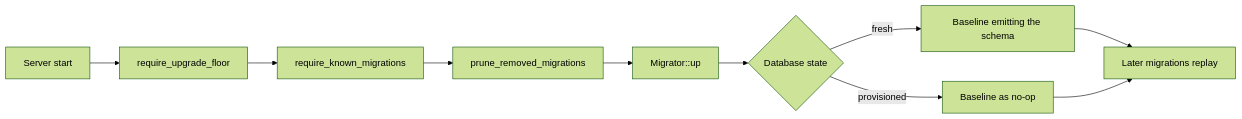
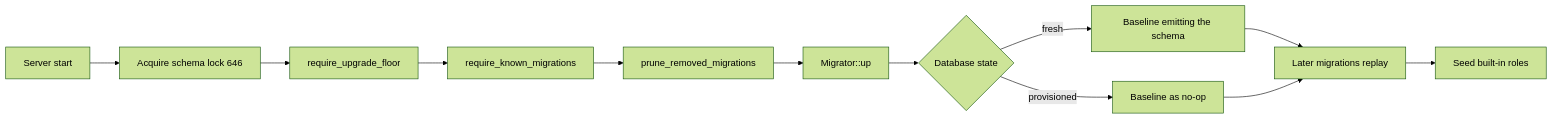
One commit to wavelens/gradient changed the diagram in docs/src/contributors/migrations.md. Above: the diagram before and after it, drawn with Mermaid (forest theme). The commit also changed other lines of this file and 1 other file, not shown here.

````diff
--- a/docs/src/contributors/migrations.md
+++ b/docs/src/contributors/migrations.md
@@ -10,12 +10,14 @@
 ```mermaid
 flowchart LR
-    start[Server start] --> f[require_upgrade_floor]
+    start[Server start] --> lock[Acquire schema lock 646]
+    lock --> f[require_upgrade_floor]
     f --> known[require_known_migrations]
     known --> prune[prune_removed_migrations]
     prune --> up["Migrator::up"]
     up --> baseline{Database state}
     baseline -->|fresh| schema[Baseline emitting the schema]
     baseline -->|provisioned| noop[Baseline as no-op]
     schema --> later[Later migrations replay]
     noop --> later
+    later --> roles[Seed built-in roles]
 ```
````
